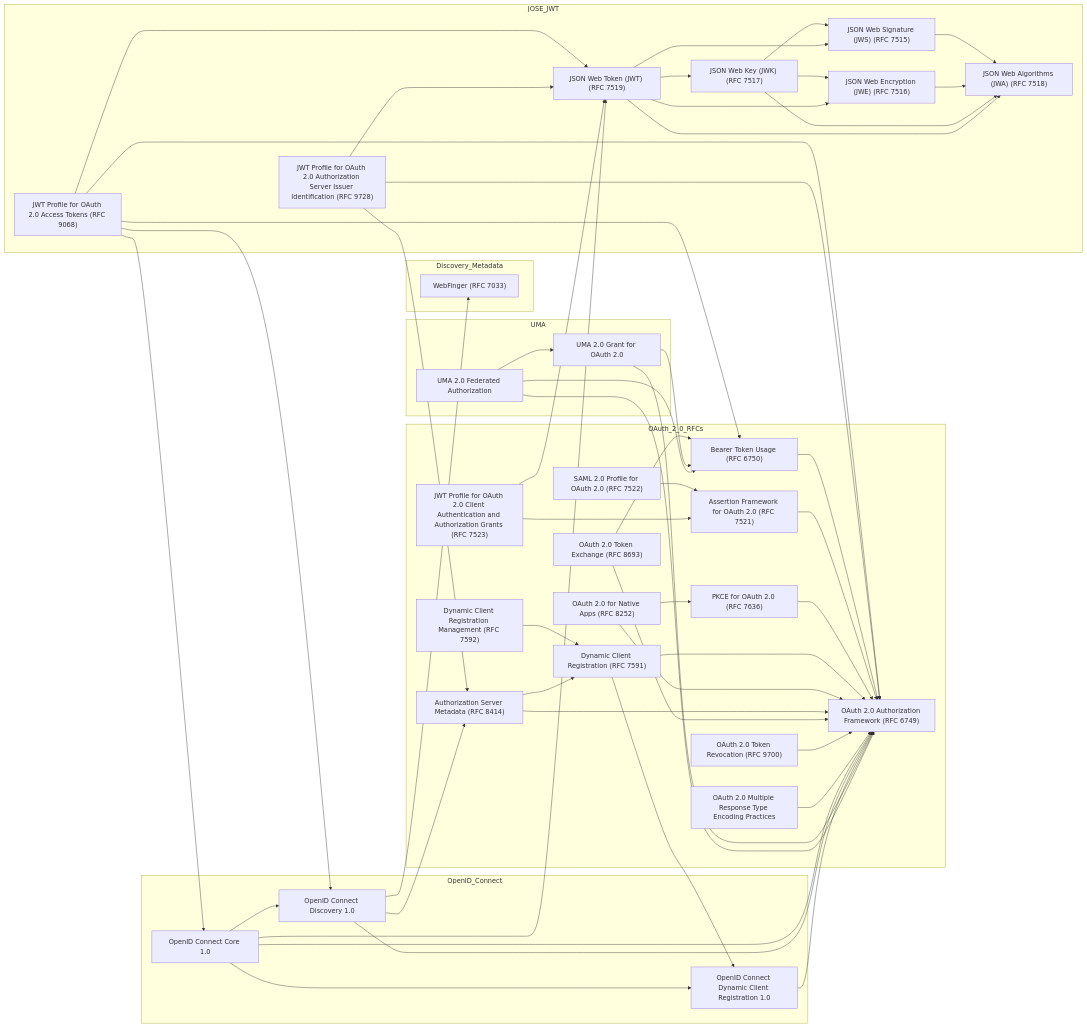
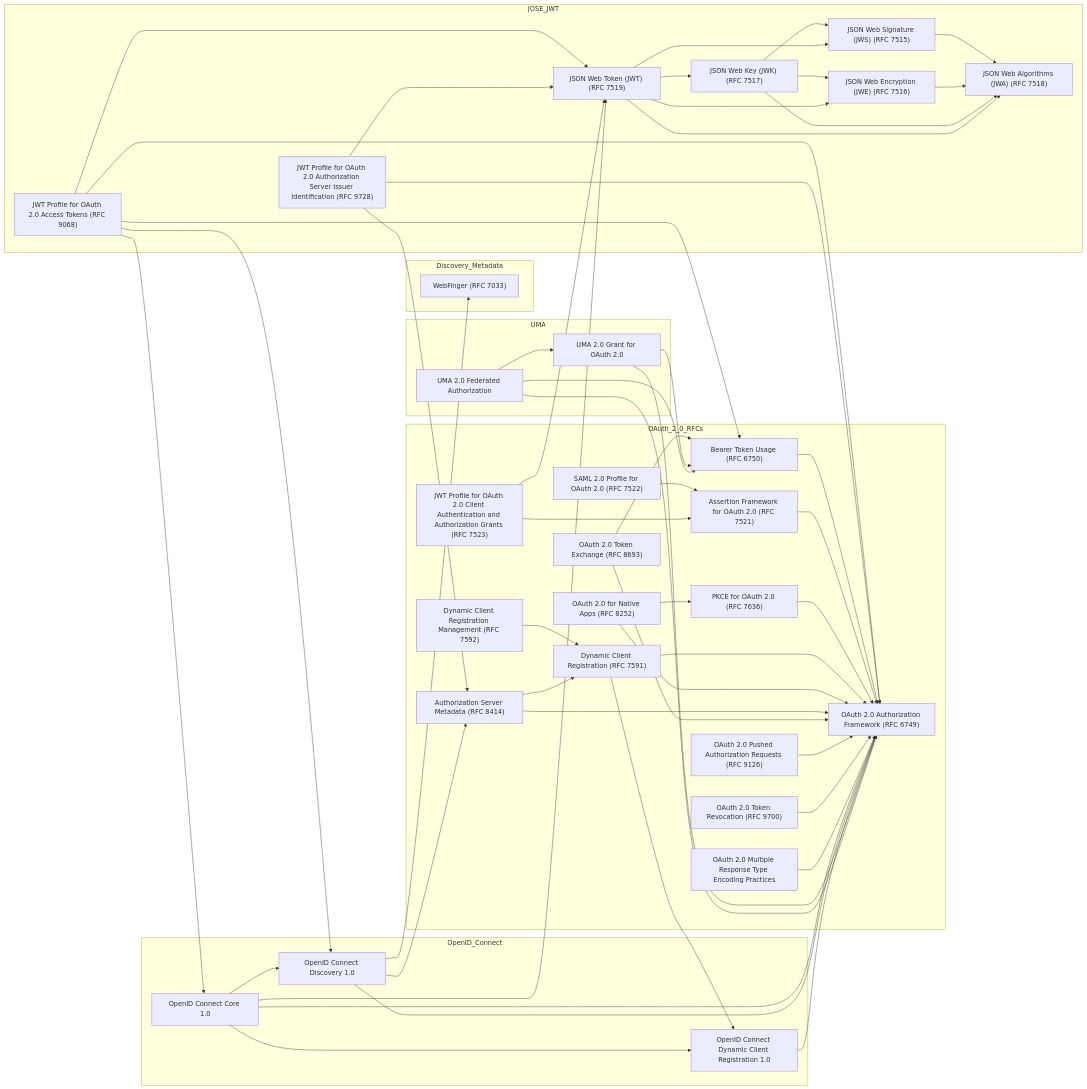
One commit to ryanspletzer/oidc-oauth-spec-graph changed the diagram in graph.md. Above: the diagram before and after it, drawn with Mermaid. The commit also changed 1 other file, not shown here.

Commit message:
Adds RFC 9126 for OAuth 2.0 Pushed Authorization Requests
Includes support for pushed authorization requests specification which allows clients to push authorization request parameters directly to the authorization server before redirecting the user.

Enhances security by reducing exposure of authorization parameters in browser URLs and enables better support for complex authorization scenarios.

```diff
--- a/graph.md
+++ b/graph.md
@@ -23,6 +23,7 @@
     RFC8252["OAuth 2.0 for Native Apps (RFC 8252)"]
     RFC8414["Authorization Server Metadata (RFC 8414)"]
     RFC8693["OAuth 2.0 Token Exchange (RFC 8693)"]
+    RFC9126["OAuth 2.0 Pushed Authorization Requests (RFC 9126)"]
     RFC9700["OAuth 2.0 Token Revocation (RFC 9700)"]
     OAuth2_MultiResp["OAuth 2.0 Multiple Response Type Encoding Practices"]
   end
@@ -64,6 +65,7 @@
   RFC8414 --> RFC7591
   RFC8693 --> RFC6749
   RFC8693 --> RFC6750
+  RFC9126 --> RFC6749
   RFC9700 --> RFC6749
   OAuth2_MultiResp --> RFC6749
 
@@ -128,6 +130,7 @@
   click RFC8252 "https://datatracker.ietf.org/doc/html/rfc8252" "OAuth 2.0 for Native Apps (RFC 8252)"
   click RFC8414 "https://datatracker.ietf.org/doc/html/rfc8414" "Authorization Server Metadata (RFC 8414)"
   click RFC8693 "https://datatracker.ietf.org/doc/html/rfc8693" "OAuth 2.0 Token Exchange (RFC 8693)"
+  click RFC9126 "https://datatracker.ietf.org/doc/html/rfc9126" "OAuth 2.0 Pushed Authorization Requests (RFC 9126)"
   click RFC9700 "https://datatracker.ietf.org/doc/html/rfc9700" "OAuth 2.0 Token Revocation (RFC 9700)"
   click OAuth2_MultiResp "https://openid.net/specs/oauth-v2-multiple-response-types-1_0.html" "OAuth 2.0 Multiple Response Type Encoding Practices"
 
```
